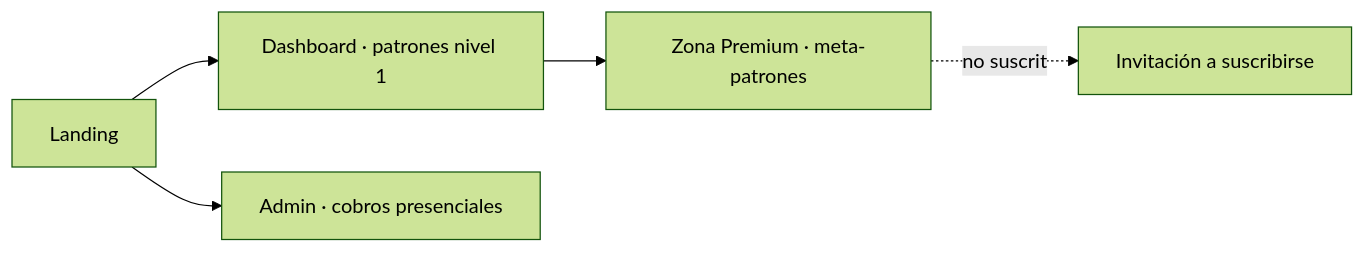
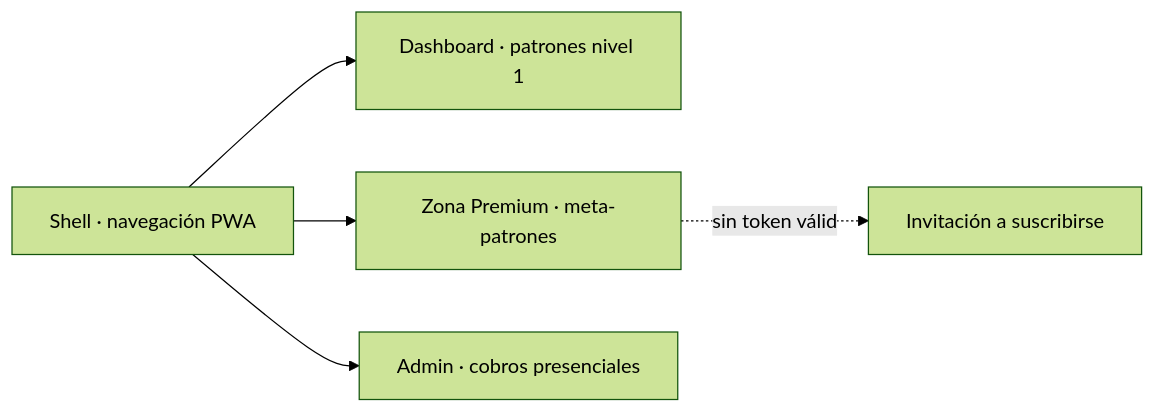
One commit to ogescoto/loto-honduras-analytics changed the diagram in docs/06_UX_UI/Mapa_Navegacion.md. Above: the diagram before and after it, drawn with Mermaid (forest theme). The commit also changed other lines of this file and 123 other files, not shown here.

````diff
--- a/docs/06_UX_UI/Mapa_Navegacion.md
+++ b/docs/06_UX_UI/Mapa_Navegacion.md
@@ -20,7 +19,7 @@
 ```mermaid
 graph LR
-  L[Landing] --> D[Dashboard · patrones nivel 1]
-  D --> P[Zona Premium · meta-patrones]
-  P -.no suscrito.-> S[Invitación a suscribirse]
-  L --> A[Admin · cobros presenciales]
+  SH[Shell · navegación PWA] --> D[Dashboard · patrones nivel 1]
+  SH --> P[Zona Premium · meta-patrones]
+  SH --> A[Admin · cobros presenciales]
+  P -.sin token válido.-> S[Invitación a suscribirse]
 ```
````
